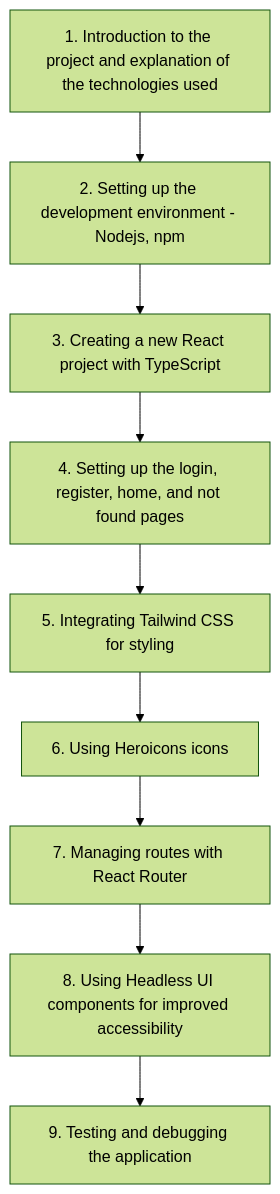
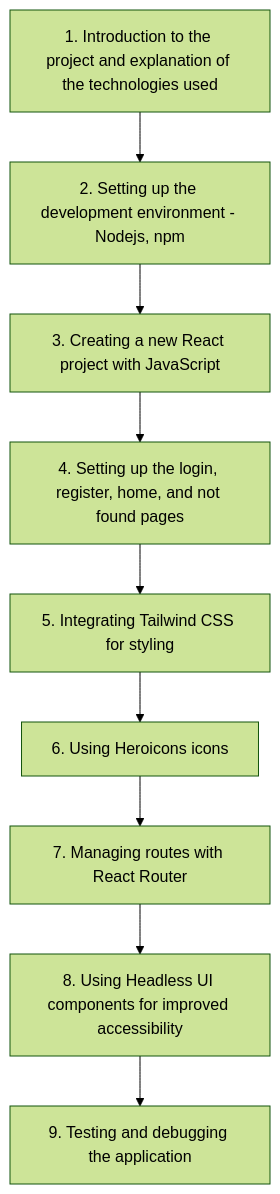
Before and after one commit to LouisLanganay/Workshop-FrontEnd-Epytodo: the diagram in part 1/README.md, drawn with Mermaid (forest theme). The commit also changed other lines of this file and 6 other files, not shown here.

````diff
--- a/part 1/README.md
+++ b/part 1/README.md
@@ -23,12 +23,12 @@
 ```mermaid
 graph TD;
     A[1. Introduction to the project and explanation of the technologies used] --> B[2. Setting up the development environment - Nodejs, npm];
-    B --> C[3. Creating a new React project with TypeScript];
+    B --> C[3. Creating a new React project with JavaScript];
     C --> D[4. Setting up the login, register, home, and not found pages];
     D --> E[5. Integrating Tailwind CSS for styling];
     E --> F[6. Using Heroicons icons];
     F --> G[7. Managing routes with React Router];
     G --> H[8. Using Headless UI components for improved accessibility];
     H --> I[9. Testing and debugging the application];
 
 ```
````
